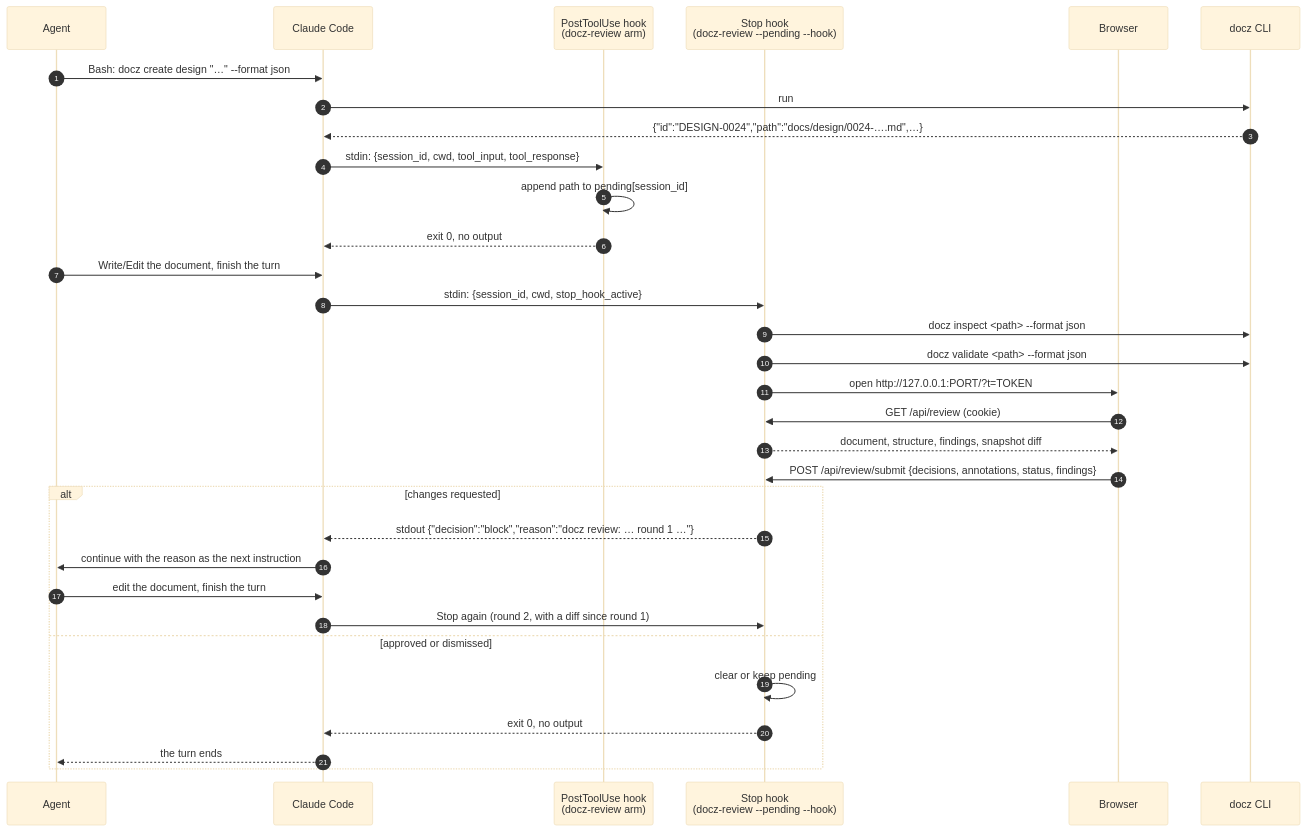
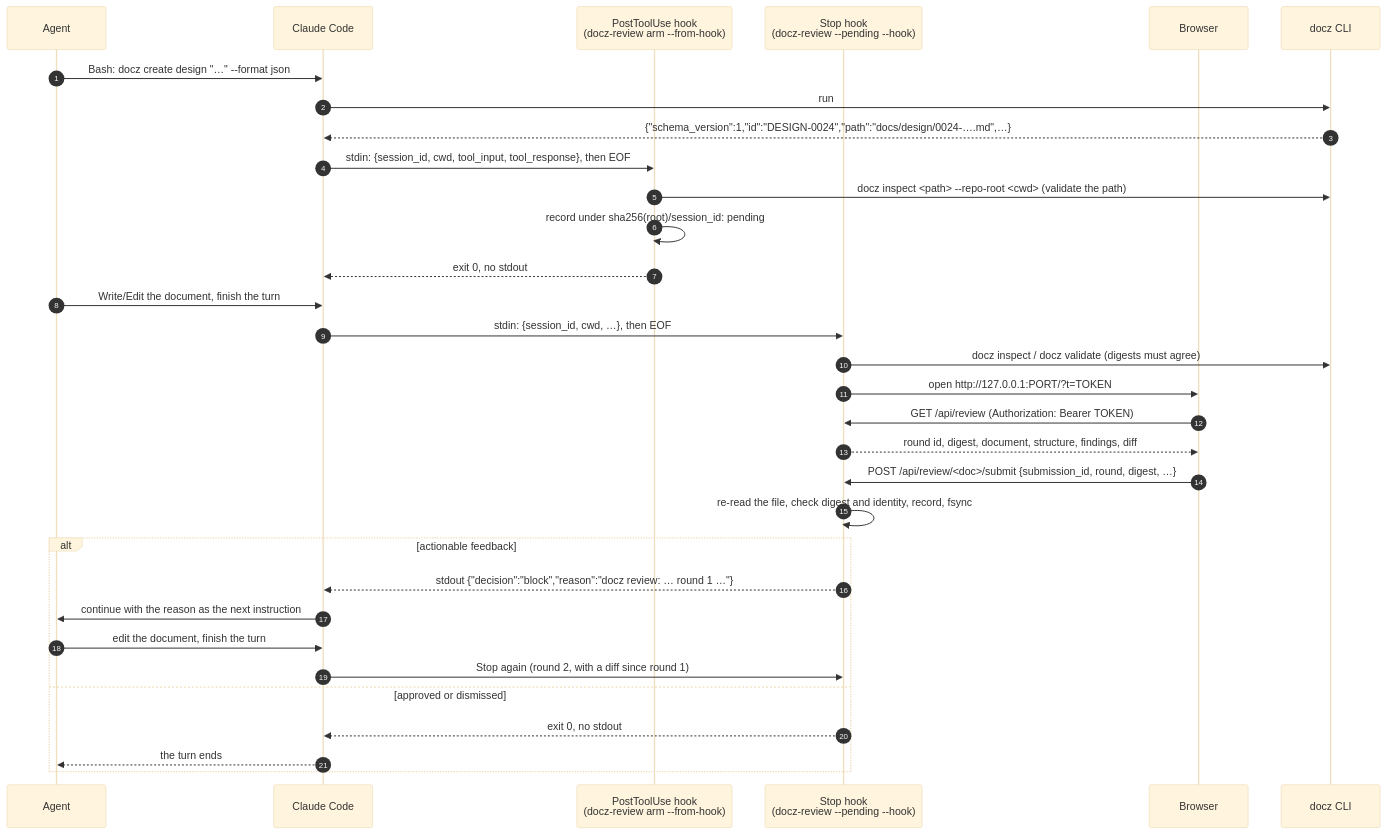
Before and after one commit to donaldgifford/docz: the second of 4 diagrams in docs/design/0024-docz-review-a-blocking-review-page-for-agent-written-documents.md, drawn with Mermaid (base theme). The commit also changed other lines of this file, not shown here.

First line of the commit message:
docs(design): DESIGN-0024 adversarial review, responses, and the revised body

````diff
--- a/docs/design/0024-docz-review-a-blocking-review-page-for-agent-written-documents.md
+++ b/docs/design/0024-docz-review-a-blocking-review-page-for-agent-written-documents.md
@@ -241,35 +284,35 @@
 ```mermaid
 sequenceDiagram
   autonumber
   participant A as Agent
   participant CC as Claude Code
-  participant P as PostToolUse hook<br/>(docz-review arm)
+  participant P as PostToolUse hook<br/>(docz-review arm --from-hook)
   participant S as Stop hook<br/>(docz-review --pending --hook)
   participant B as Browser
   participant D as docz CLI
 
   A->>CC: Bash: docz create design "…" --format json
   CC->>D: run
-  D-->>CC: {"id":"DESIGN-0024","path":"docs/design/0024-….md",…}
-  CC->>P: stdin: {session_id, cwd, tool_input, tool_response}
-  P->>P: append path to pending[session_id]
-  P-->>CC: exit 0, no output
+  D-->>CC: {"schema_version":1,"id":"DESIGN-0024","path":"docs/design/0024-….md",…}
+  CC->>P: stdin: {session_id, cwd, tool_input, tool_response}, then EOF
+  P->>D: docz inspect <path> --repo-root <cwd> (validate the path)
+  P->>P: record under sha256(root)/session_id: pending
+  P-->>CC: exit 0, no stdout
   A->>CC: Write/Edit the document, finish the turn
-  CC->>S: stdin: {session_id, cwd, stop_hook_active}
-  S->>D: docz inspect <path> --format json
-  S->>D: docz validate <path> --format json
+  CC->>S: stdin: {session_id, cwd, …}, then EOF
+  S->>D: docz inspect / docz validate (digests must agree)
   S->>B: open http://127.0.0.1:PORT/?t=TOKEN
-  B->>S: GET /api/review (cookie)
-  S-->>B: document, structure, findings, snapshot diff
-  B->>S: POST /api/review/submit {decisions, annotations, status, findings}
-  alt changes requested
+  B->>S: GET /api/review (Authorization: Bearer TOKEN)
+  S-->>B: round id, digest, document, structure, findings, diff
+  B->>S: POST /api/review/<doc>/submit {submission_id, round, digest, …}
+  S->>S: re-read the file, check digest and identity, record, fsync
+  alt actionable feedback
     S-->>CC: stdout {"decision":"block","reason":"docz review: … round 1 …"}
     CC->>A: continue with the reason as the next instruction
     A->>CC: edit the document, finish the turn
     CC->>S: Stop again (round 2, with a diff since round 1)
   else approved or dismissed
-    S->>S: clear or keep pending
-    S-->>CC: exit 0, no output
+    S-->>CC: exit 0, no stdout
     CC-->>A: the turn ends
   end
 ```
````
